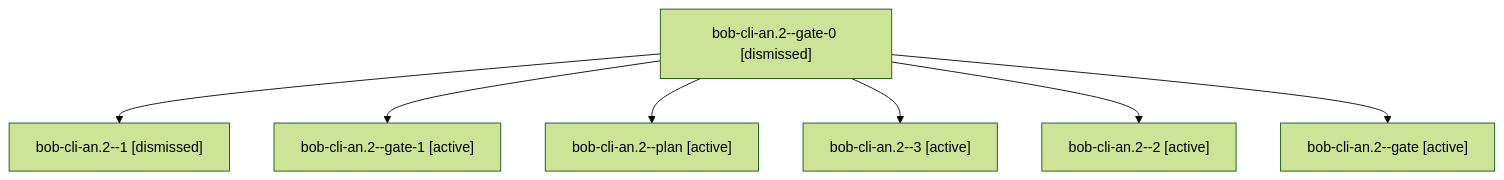
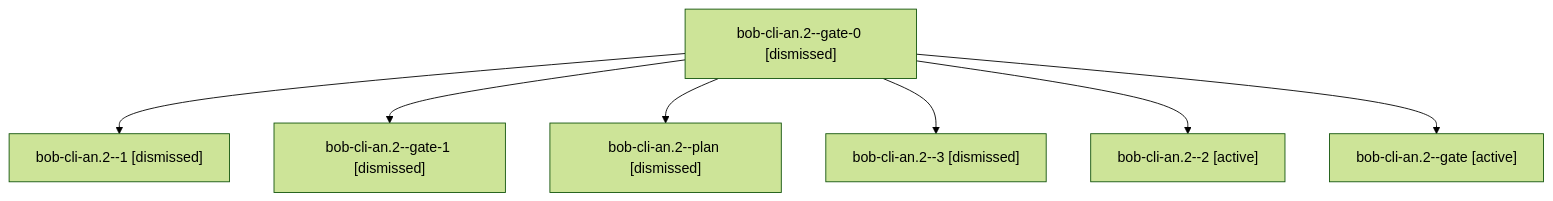
Before and after one commit to bobs-org/bob-cli--agents: the diagram in sessions/bbugyi200.athena.bob-cli-an.2.md, drawn with Mermaid (forest theme). The commit also changed other lines of this file and 551 other files, not shown here.

````diff
--- a/sessions/bbugyi200.athena.bob-cli-an.2.md
+++ b/sessions/bbugyi200.athena.bob-cli-an.2.md
@@ -9,16 +9,16 @@
 ```mermaid
 flowchart TD
   n0["bob-cli-an.2--gate-0 [dismissed]"]
   n1["bob-cli-an.2--1 [dismissed]"]
   n0 --> n1
-  n2["bob-cli-an.2--gate-1 [active]"]
+  n2["bob-cli-an.2--gate-1 [dismissed]"]
   n0 --> n2
-  n3["bob-cli-an.2--plan [active]"]
+  n3["bob-cli-an.2--plan [dismissed]"]
   n0 --> n3
-  n4["bob-cli-an.2--3 [active]"]
+  n4["bob-cli-an.2--3 [dismissed]"]
   n0 --> n4
   n5["bob-cli-an.2--2 [active]"]
   n0 --> n5
   n6["bob-cli-an.2--gate [active]"]
   n0 --> n6
 ```
````
